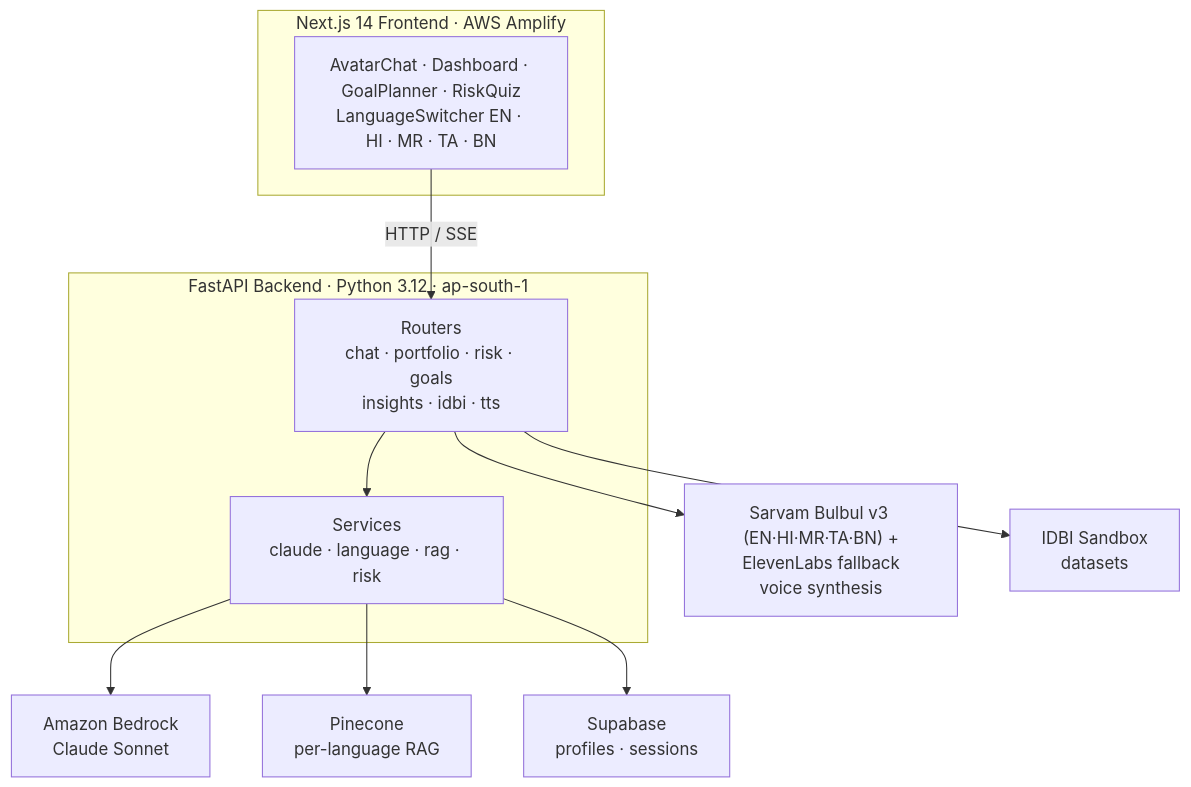
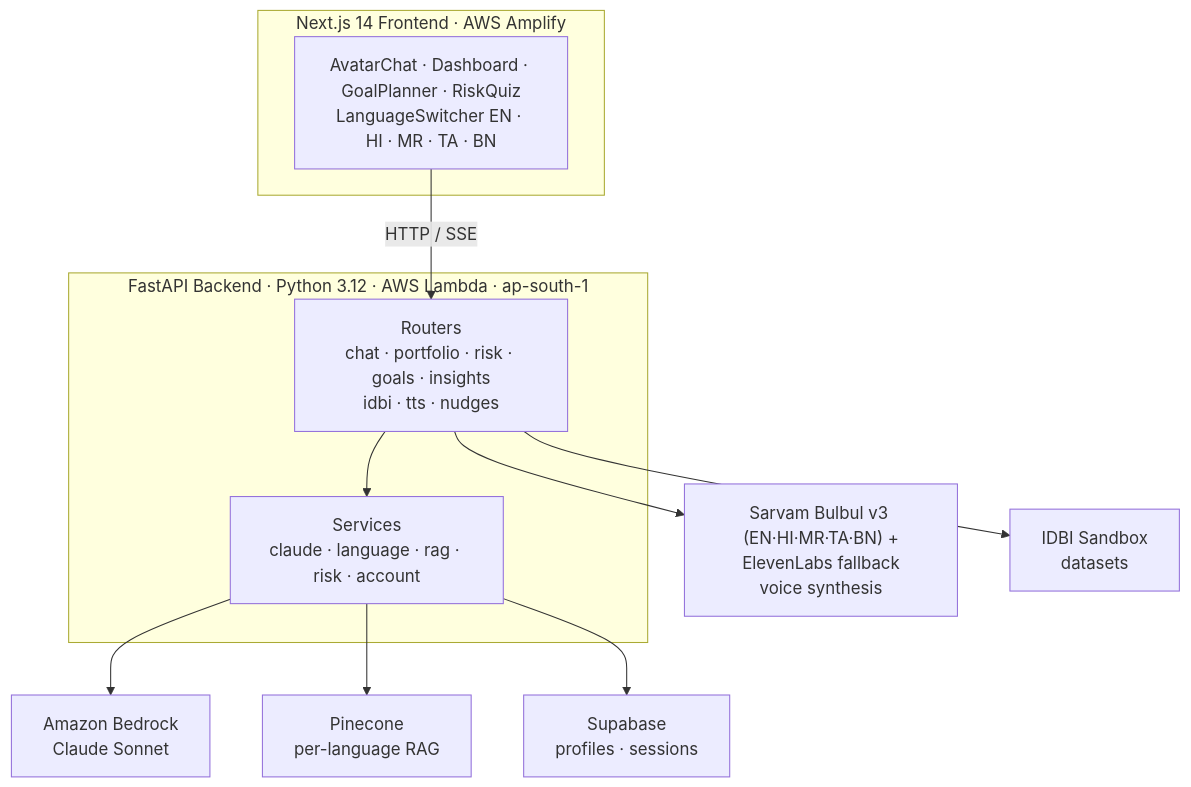
Before and after one commit to omkar-platform-ai/wealthseva-ai: the diagram in README.md, drawn with Mermaid. The commit also changed other lines of this file and 1 other file, not shown here.

First line of the commit message:
docs: align README/ROADMAP with serverless (Lambda) prod state

````diff
--- a/README.md
+++ b/README.md
@@ -78,25 +78,25 @@
 ```mermaid
 graph TD
     subgraph FE["Next.js 14 Frontend · AWS Amplify"]
         UI["AvatarChat · Dashboard · GoalPlanner · RiskQuiz<br/>LanguageSwitcher EN · HI · MR · TA · BN"]
     end
 
-    subgraph BE["FastAPI Backend · Python 3.12 · ap-south-1"]
-        RT["Routers<br/>chat · portfolio · risk · goals<br/>insights · idbi · tts"]
-        SV["Services<br/>claude · language · rag · risk"]
+    subgraph BE["FastAPI Backend · Python 3.12 · AWS Lambda · ap-south-1"]
+        RT["Routers<br/>chat · portfolio · risk · goals · insights<br/>idbi · tts · nudges"]
+        SV["Services<br/>claude · language · rag · risk · account"]
     end
 
     BR["Amazon Bedrock<br/>Claude Sonnet"]
     EL["Sarvam Bulbul v3 (EN·HI·MR·TA·BN) +<br/>ElevenLabs fallback<br/>voice synthesis"]
     PC["Pinecone<br/>per-language RAG"]
     SB["Supabase<br/>profiles · sessions"]
     IDBI["IDBI Sandbox<br/>datasets"]
 
     UI -->|HTTP / SSE| RT
     RT --> SV
     SV --> BR
     SV --> PC
     SV --> SB
     RT --> EL
     RT --> IDBI
 ```
````
